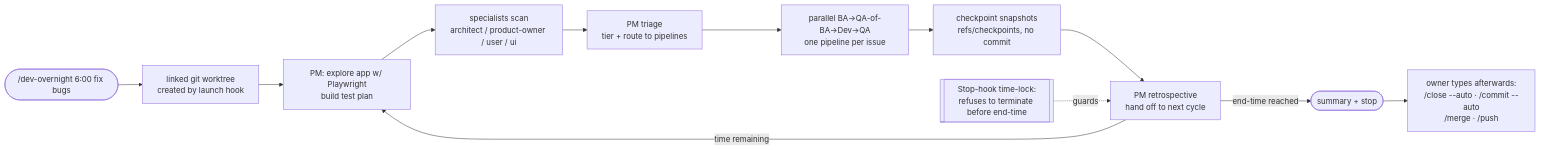
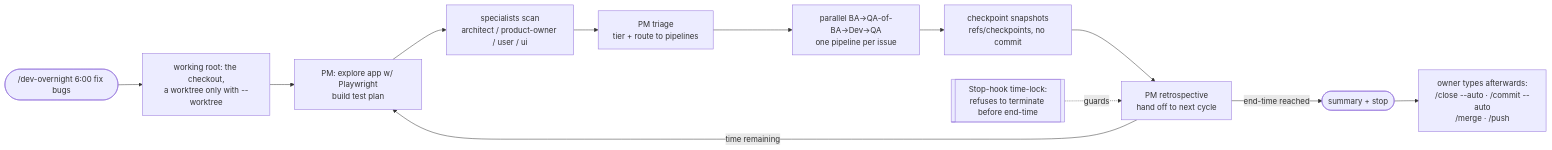
The third of 3 diagrams in README.md (Yugoge/awesome-claude-harness), drawn with Mermaid before and after one commit. The commit also changed other lines of this file and 1 other file, not shown here.

First line of the commit message:
P2 (R16): README and ARCHITECTURE: overnight works in the checkout by default; the time-lock's closeout

````diff
--- a/README.md
+++ b/README.md
@@ -576,15 +576,15 @@
 ```mermaid
 flowchart LR
-    S([/dev-overnight 6:00 fix bugs]) --> WT[linked git worktree<br/>created by launch hook]
+    S([/dev-overnight 6:00 fix bugs]) --> WT["working root: the checkout,<br/>a worktree only with --worktree"]
     WT --> PM[PM: explore app w/ Playwright<br/>build test plan]
     PM --> SP[specialists scan<br/>architect / product-owner / user / ui]
     SP --> TR[PM triage<br/>tier + route to pipelines]
     TR --> PARA[parallel BA→QA-of-BA→Dev→QA<br/>one pipeline per issue]
     PARA --> CM[checkpoint snapshots<br/>refs/checkpoints, no commit]
     CM --> RT[PM retrospective<br/>hand off to next cycle]
     RT -->|time remaining| PM
     RT -->|end-time reached| SUM([summary + stop])
     SUM --> LAND["owner types afterwards:<br/>/close --auto · /commit --auto<br/>/merge · /push"]
 
     TL[[Stop-hook time-lock:<br/>refuses to terminate before end-time]] -.guards.-> RT
 ```
````
